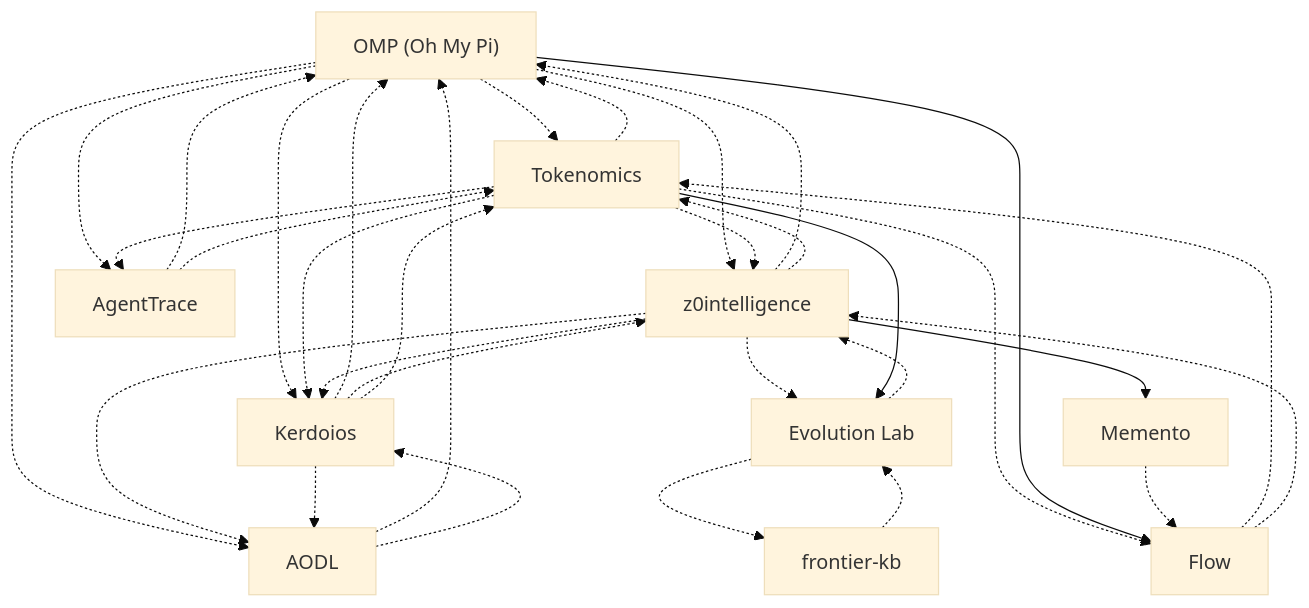
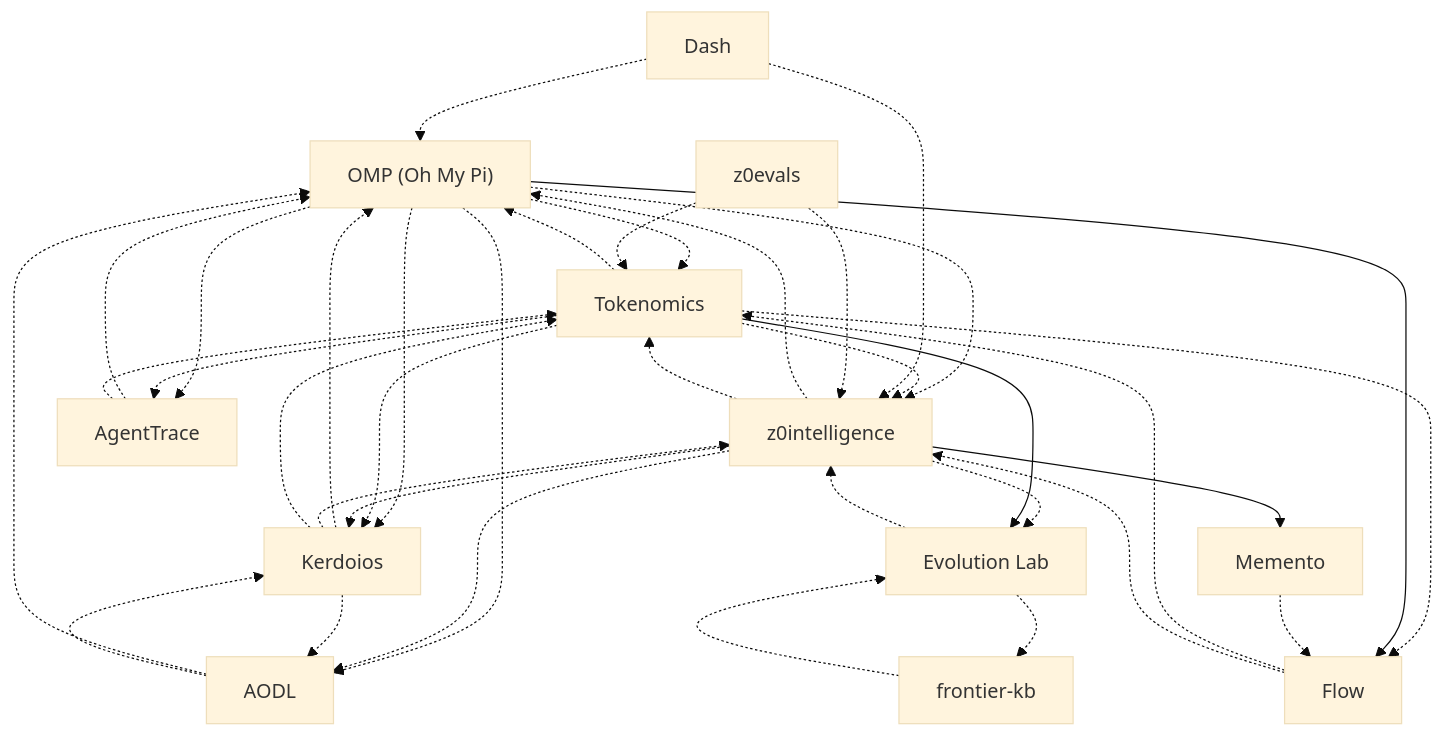
Before and after one commit to kvnloo/z0: the diagram in generated/graph.mmd, drawn with Mermaid (base theme). The commit also changed 65 other files, not shown here.

```diff
--- a/generated/graph.mmd
+++ b/generated/graph.mmd
@@ -1,43 +1,49 @@
 graph TD
   oh_my_pi["OMP (Oh My Pi)"]
   tokenomics["Tokenomics"]
   flow["Flow"]
   z0intelligence["z0intelligence"]
   kerdoios["Kerdoios"]
   evolution_lab["Evolution Lab"]
   frontier_kb["frontier-kb"]
   aodl["AODL"]
   agenttrace["AgentTrace"]
   memento["Memento"]
+  dash["Dash"]
+  z0evals["z0evals"]
   oh_my_pi -.-> tokenomics
   oh_my_pi -.-> z0intelligence
   oh_my_pi -.-> aodl
   oh_my_pi -.-> kerdoios
   oh_my_pi -.-> agenttrace
   tokenomics -.-> oh_my_pi
   tokenomics -.-> z0intelligence
   tokenomics -.-> kerdoios
   tokenomics -.-> agenttrace
   tokenomics -.-> flow
   oh_my_pi --> flow
   flow -.-> tokenomics
   flow -.-> z0intelligence
   z0intelligence -.-> oh_my_pi
   z0intelligence -.-> kerdoios
   z0intelligence -.-> evolution_lab
   z0intelligence -.-> tokenomics
   z0intelligence -.-> aodl
   kerdoios -.-> oh_my_pi
   kerdoios -.-> z0intelligence
   kerdoios -.-> aodl
   kerdoios -.-> tokenomics
   tokenomics --> evolution_lab
   evolution_lab -.-> frontier_kb
   evolution_lab -.-> z0intelligence
   frontier_kb -.-> evolution_lab
   aodl -.-> oh_my_pi
   aodl -.-> kerdoios
   agenttrace -.-> oh_my_pi
   agenttrace -.-> tokenomics
   z0intelligence --> memento
   memento -.-> flow
+  dash -.-> oh_my_pi
+  dash -.-> z0intelligence
+  z0evals -.-> z0intelligence
+  z0evals -.-> tokenomics
```
